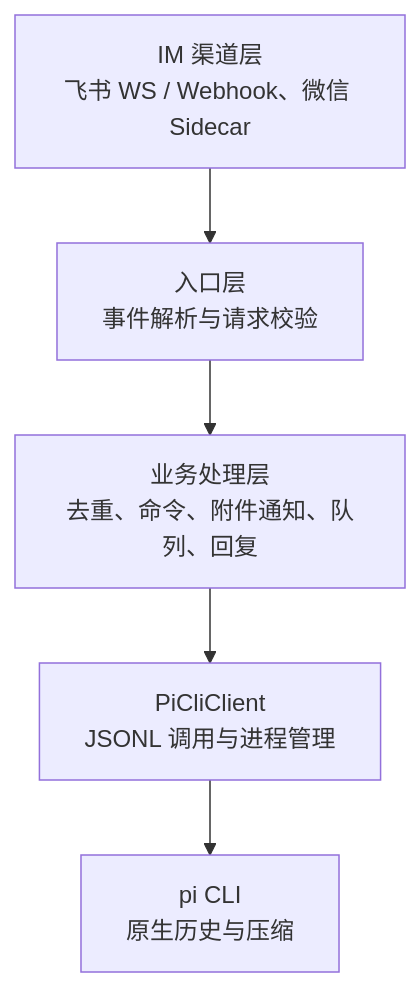
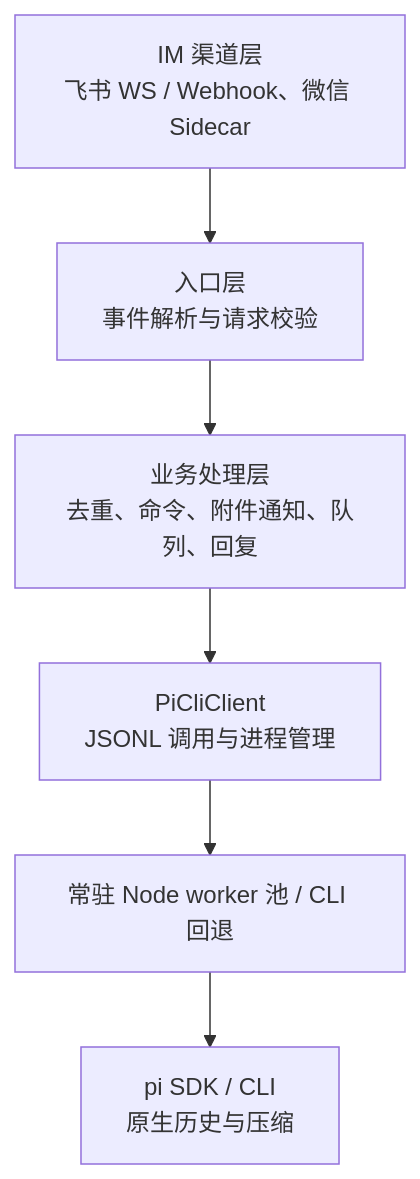
Before and after one commit to felixzhang-glitch/Ferry: the first of 2 diagrams in docs/architecture.md, drawn with Mermaid. The commit also changed other lines of this file and 54 other files, not shown here.

````diff
--- a/docs/architecture.md
+++ b/docs/architecture.md
@@ -17,7 +17,8 @@
 ```mermaid
 graph TB
     A[IM 渠道层<br/>飞书 WS / Webhook、微信 Sidecar] --> B[入口层<br/>事件解析与请求校验]
     B --> C[业务处理层<br/>去重、命令、附件通知、队列、回复]
     C --> D[PiCliClient<br/>JSONL 调用与进程管理]
-    D --> E[pi CLI<br/>原生历史与压缩]
+    D --> W[常驻 Node worker 池 / CLI 回退]
+    W --> E[pi SDK / CLI<br/>原生历史与压缩]
 ```
````
